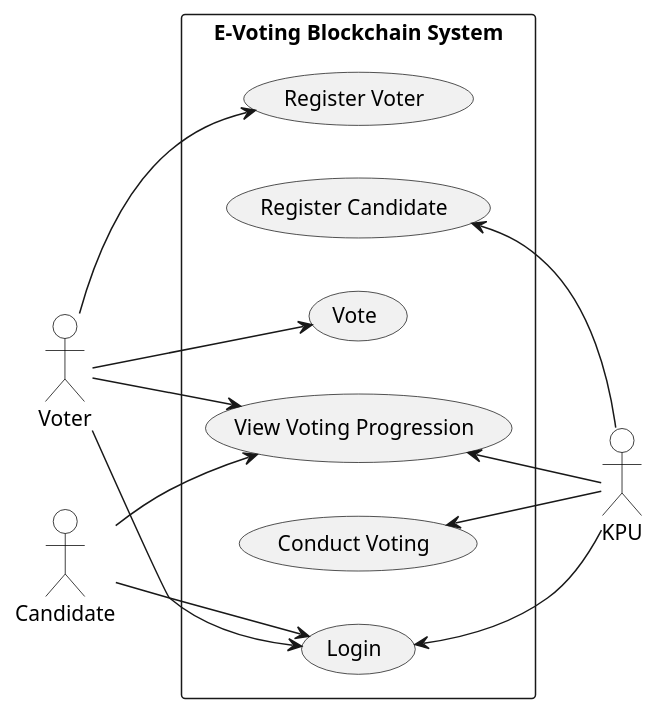
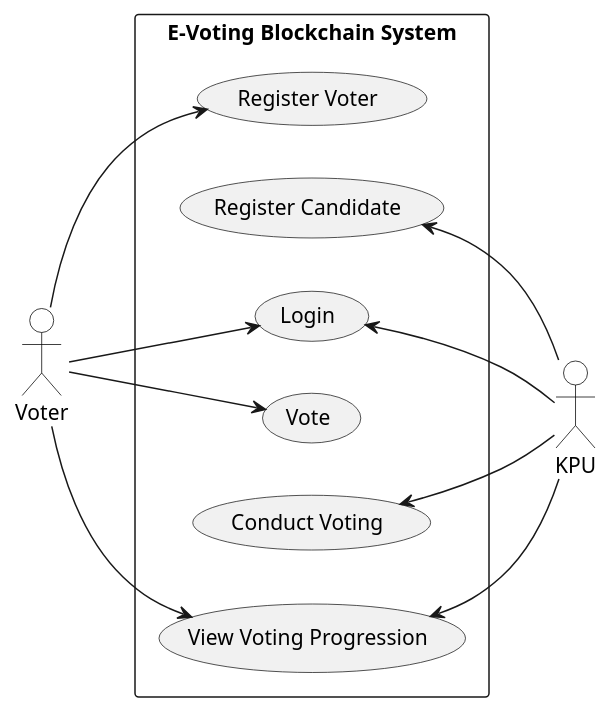
The diagram in Diagram/use case.puml (IF5200-Class1-Team4/E-Voting), drawn with PlantUML before and after one commit. The commit also changed 6 other files, not shown here.

Commit message:
Update Diagram

```diff
--- a/Diagram/use case.puml
+++ b/Diagram/use case.puml
@@ -1,33 +1,30 @@
 @startuml use case diagram
 
 left to right direction
 skinparam actor {
   BackgroundColor White
   BorderColor Black
 }
 
 actor Voter
-actor Candidate
 actor KPU
 
 rectangle "E-Voting Blockchain System"{
 usecase "Register Voter" as UC1
 usecase "Register Candidate" as UC2
 usecase "Login" as UC3
 usecase "Vote" as UC4
 usecase "Conduct Voting" as UC5
 usecase "View Voting Progression" as UC6
 }
 
 Voter --> UC1
 UC2 <-- KPU
 Voter --> UC3
-Candidate --> UC3
 UC3 <-- KPU
 Voter --> UC4
 UC5 <-- KPU
 Voter --> UC6
-Candidate --> UC6
 UC6 <-- KPU
 
 @enduml
```
